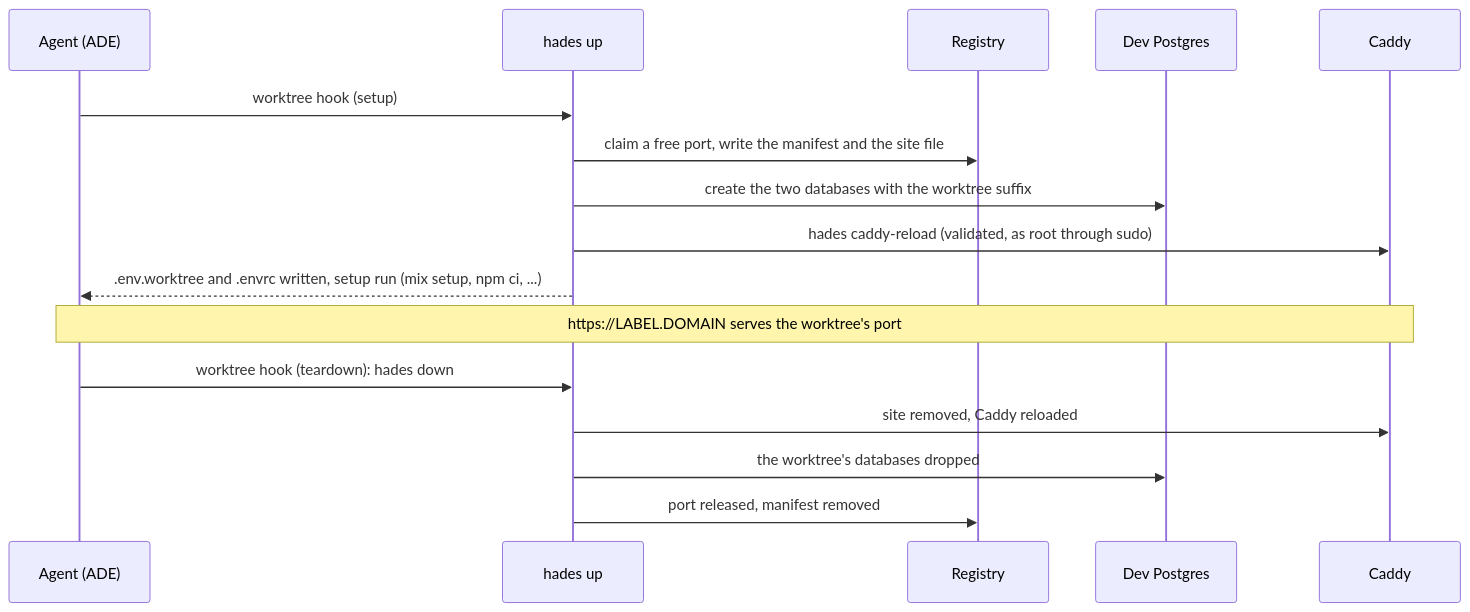
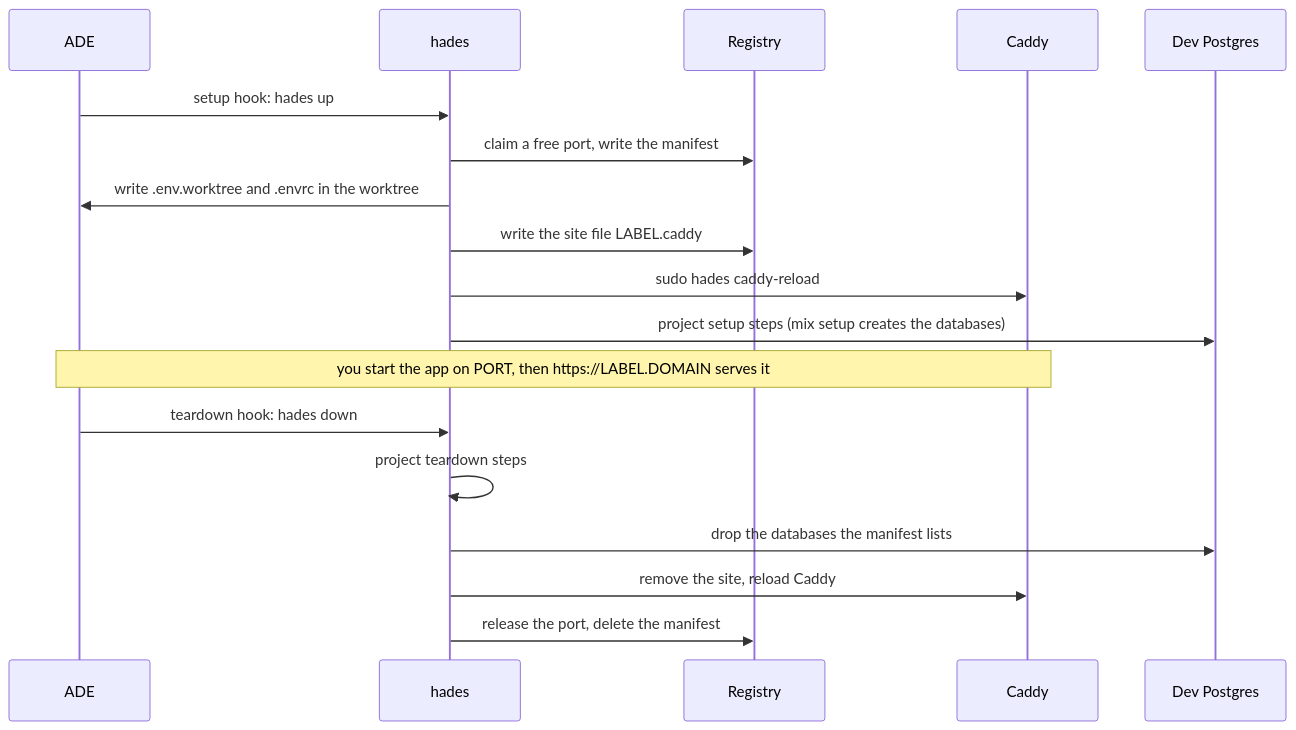
The diagram in docs/developer.md (quotedo/hades), drawn with Mermaid before and after one commit. The commit also changed other lines of this file and 5 other files, not shown here.

````diff
--- a/docs/developer.md
+++ b/docs/developer.md
@@ -37,18 +37,20 @@
 ```mermaid
 sequenceDiagram
-  participant A as Agent (ADE)
-  participant H as hades up
+  participant A as ADE
+  participant H as hades
   participant R as Registry
+  participant C as Caddy
   participant P as Dev Postgres
-  participant C as Caddy
-  A->>H: worktree hook (setup)
-  H->>R: claim a free port, write the manifest and the site file
-  H->>P: create the two databases with the worktree suffix
-  H->>C: hades caddy-reload (validated, as root through sudo)
-  H-->>A: .env.worktree and .envrc written, setup run (mix setup, npm ci, ...)
-  Note over A,C: https://LABEL.DOMAIN serves the worktree's port
-  A->>H: worktree hook (teardown): hades down
-  H->>C: site removed, Caddy reloaded
-  H->>P: the worktree's databases dropped
-  H->>R: port released, manifest removed
+  A->>H: setup hook: hades up
+  H->>R: claim a free port, write the manifest
+  H->>A: write .env.worktree and .envrc in the worktree
+  H->>R: write the site file LABEL.caddy
+  H->>C: sudo hades caddy-reload
+  H->>P: project setup steps (mix setup creates the databases)
+  Note over A,C: you start the app on PORT, then https://LABEL.DOMAIN serves it
+  A->>H: teardown hook: hades down
+  H->>H: project teardown steps
+  H->>P: drop the databases the manifest lists
+  H->>C: remove the site, reload Caddy
+  H->>R: release the port, delete the manifest
 ```
````
